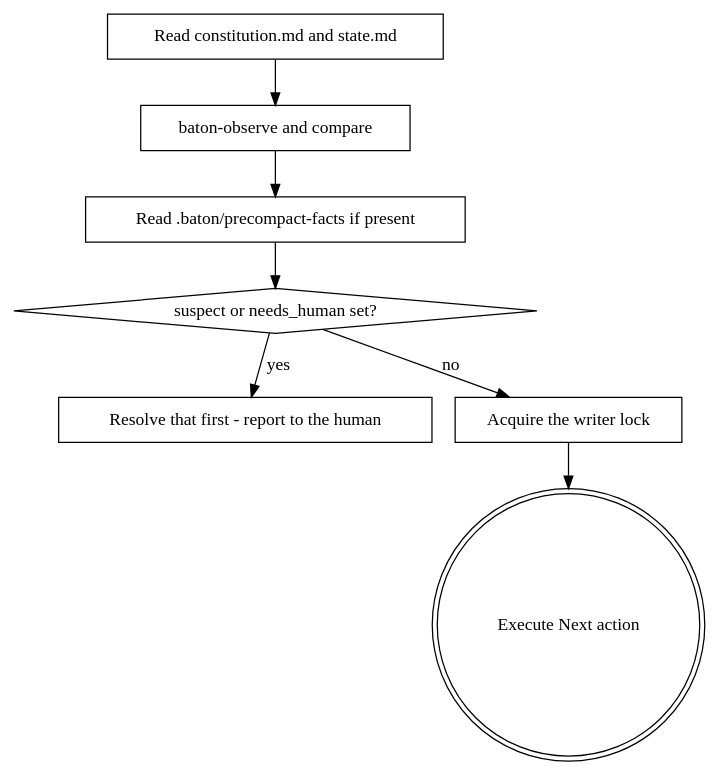
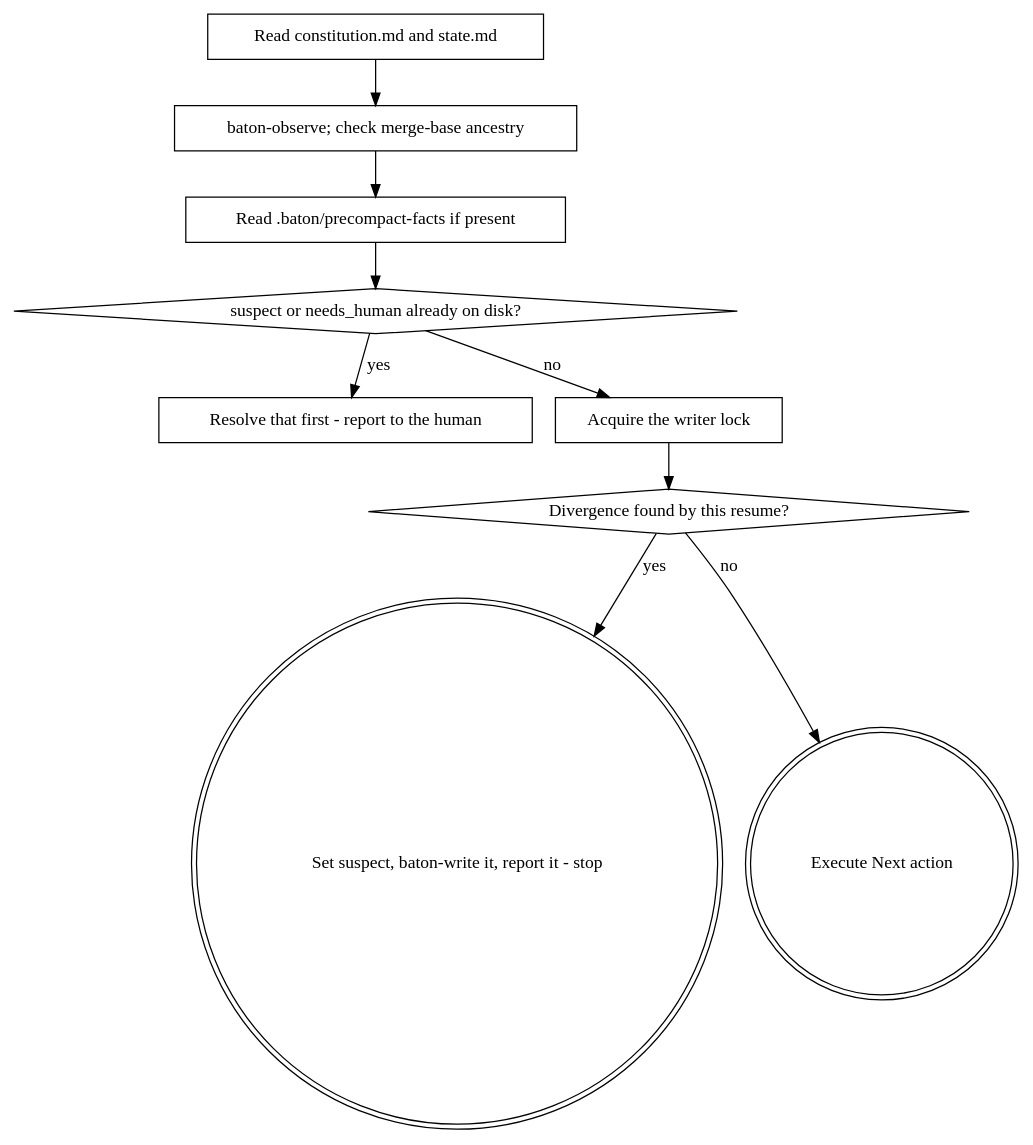
One commit to the-practice-company/bench changed the diagram in plugins/baton/skills/baton-resume/SKILL.md. Above: the diagram before and after it, drawn with Graphviz. The commit also changed other lines of this file and 3 other files, not shown here.

````diff
--- a/plugins/baton/skills/baton-resume/SKILL.md
+++ b/plugins/baton/skills/baton-resume/SKILL.md
@@ -17,18 +22,22 @@
 ```dot
 digraph resume {
     "Read constitution.md and state.md" [shape=box];
-    "baton-observe and compare" [shape=box];
+    "baton-observe; check merge-base ancestry" [shape=box];
     "Read .baton/precompact-facts if present" [shape=box];
-    "suspect or needs_human set?" [shape=diamond];
+    "suspect or needs_human already on disk?" [shape=diamond];
     "Resolve that first - report to the human" [shape=box];
     "Acquire the writer lock" [shape=box];
+    "Divergence found by this resume?" [shape=diamond];
+    "Set suspect, baton-write it, report it - stop" [shape=doublecircle];
     "Execute Next action" [shape=doublecircle];
 
-    "Read constitution.md and state.md" -> "baton-observe and compare";
-    "baton-observe and compare" -> "Read .baton/precompact-facts if present";
-    "Read .baton/precompact-facts if present" -> "suspect or needs_human set?";
-    "suspect or needs_human set?" -> "Resolve that first - report to the human" [label="yes"];
-    "suspect or needs_human set?" -> "Acquire the writer lock" [label="no"];
-    "Acquire the writer lock" -> "Execute Next action";
+    "Read constitution.md and state.md" -> "baton-observe; check merge-base ancestry";
+    "baton-observe; check merge-base ancestry" -> "Read .baton/precompact-facts if present";
+    "Read .baton/precompact-facts if present" -> "suspect or needs_human already on disk?";
+    "suspect or needs_human already on disk?" -> "Resolve that first - report to the human" [label="yes"];
+    "suspect or needs_human already on disk?" -> "Acquire the writer lock" [label="no"];
+    "Acquire the writer lock" -> "Divergence found by this resume?";
+    "Divergence found by this resume?" -> "Set suspect, baton-write it, report it - stop" [label="yes"];
+    "Divergence found by this resume?" -> "Execute Next action" [label="no"];
 }
 ```
````
